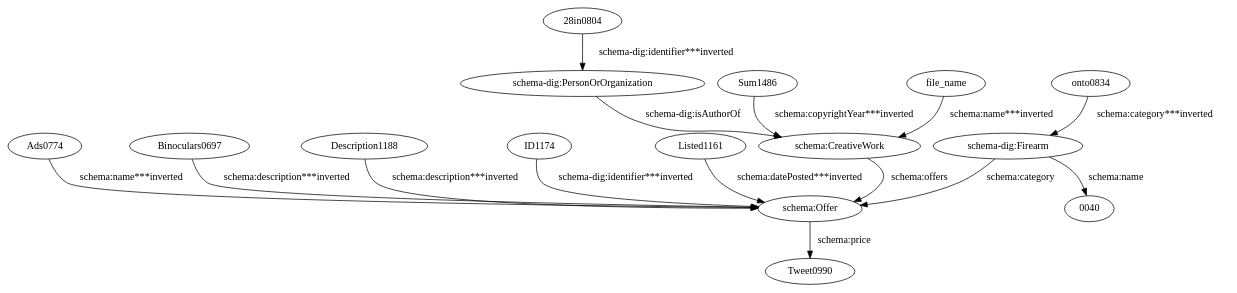
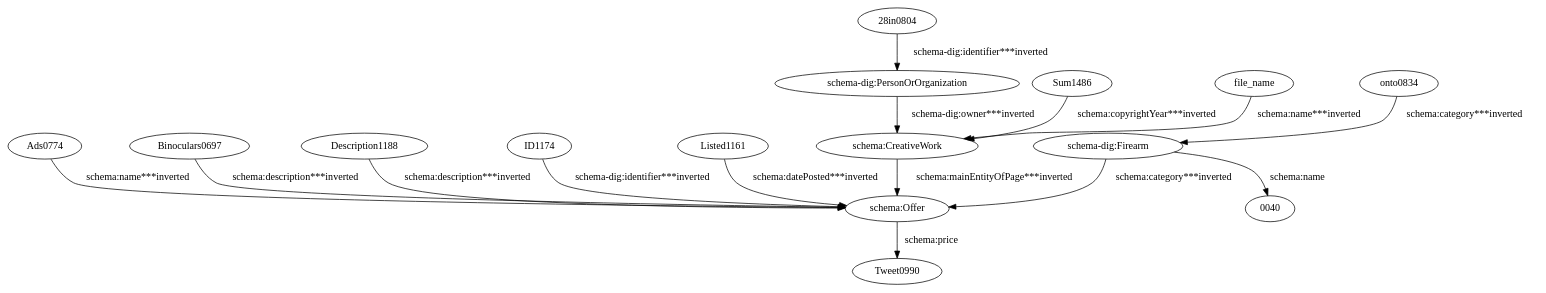
The diagram in data/taheriyan2016/task_04/semantic_models/steiner/dot/shooterswap.dot (giuseppefutia/semi), drawn with Graphviz before and after one commit. The commit also changed 120 other files, not shown here.

```diff
--- a/data/taheriyan2016/task_04/semantic_models/steiner/dot/shooterswap.dot
+++ b/data/taheriyan2016/task_04/semantic_models/steiner/dot/shooterswap.dot
@@ -1,31 +1,31 @@
 digraph {
   "28in0804" [type=attribute_name,label="28in0804"]
   "schema-dig:PersonOrOrganization1" [type=class_uri,label="schema-dig:PersonOrOrganization"]
   Ads0774 [type=attribute_name,label=Ads0774]
   "schema:Offer1" [type=class_uri,label="schema:Offer"]
   Binoculars0697 [type=attribute_name,label=Binoculars0697]
   Description1188 [type=attribute_name,label=Description1188]
   ID1174 [type=attribute_name,label=ID1174]
   Listed1161 [type=attribute_name,label=Listed1161]
   Sum1486 [type=attribute_name,label=Sum1486]
   "schema:CreativeWork1" [type=class_uri,label="schema:CreativeWork"]
   file_name [type=attribute_name,label=file_name]
   onto0834 [type=attribute_name,label=onto0834]
   "schema-dig:Firearm1" [type=class_uri,label="schema-dig:Firearm"]
   "0040" [type=attribute_name,label="0040"]
   Tweet0990 [type=attribute_name,label=Tweet0990]
   "28in0804" -> "schema-dig:PersonOrOrganization1" [type=st_property_uri,label="schema-dig:identifier***inverted",weight=1]
   Ads0774 -> "schema:Offer1" [type=st_property_uri,label="schema:name***inverted",weight=1]
   Binoculars0697 -> "schema:Offer1" [type=st_property_uri,label="schema:description***inverted",weight=1]
   Description1188 -> "schema:Offer1" [type=st_property_uri,label="schema:description***inverted",weight=1]
   ID1174 -> "schema:Offer1" [type=st_property_uri,label="schema-dig:identifier***inverted",weight=1]
   Listed1161 -> "schema:Offer1" [type=st_property_uri,label="schema:datePosted***inverted",weight=1]
   Sum1486 -> "schema:CreativeWork1" [type=st_property_uri,label="schema:copyrightYear***inverted",weight=1]
   file_name -> "schema:CreativeWork1" [type=st_property_uri,label="schema:name***inverted",weight=1]
   onto0834 -> "schema-dig:Firearm1" [type=st_property_uri,label="schema:category***inverted",weight=1]
   "schema-dig:Firearm1" -> "0040" [label="schema:name",type=st_property_uri]
-  "schema-dig:Firearm1" -> "schema:Offer1" [label="schema:category",type=inherited,weight=4]
-  "schema-dig:PersonOrOrganization1" -> "schema:CreativeWork1" [label="schema-dig:isAuthorOf",type=direct_property_uri,weight=1]
-  "schema:CreativeWork1" -> "schema:Offer1" [label="schema:offers",type=direct_property_uri,weight=1]
+  "schema-dig:Firearm1" -> "schema:Offer1" [type=inherited,label="schema:category***inverted",weight=4]
+  "schema-dig:PersonOrOrganization1" -> "schema:CreativeWork1" [type=inherited,label="schema-dig:owner***inverted",weight=4]
+  "schema:CreativeWork1" -> "schema:Offer1" [type=inherited,label="schema:mainEntityOfPage***inverted",weight=4]
   "schema:Offer1" -> Tweet0990 [label="schema:price",type=st_property_uri]
 }
```
